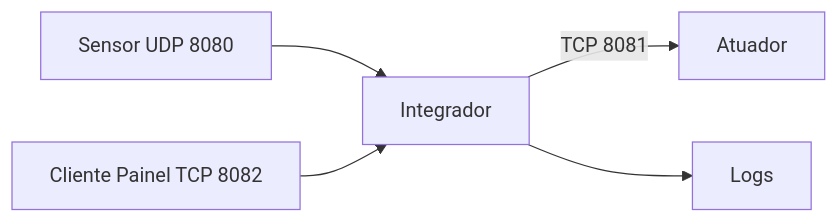
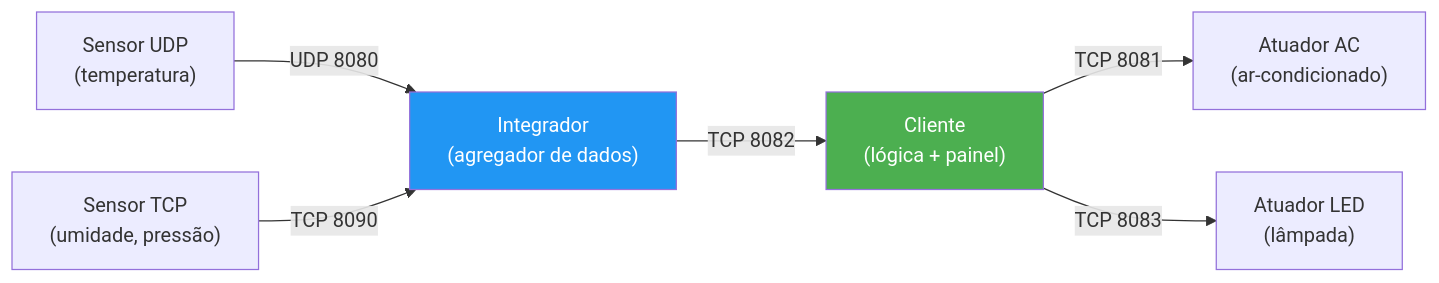
One commit to cleidson21/PBL_1_Redes-A_Rota_das_Coisas changed the diagram in README.md. Above: the diagram before and after it, drawn with Mermaid. The commit also changed other lines of this file, not shown here.

````diff
--- a/README.md
+++ b/README.md
@@ -30,7 +39,18 @@
 ```mermaid
 flowchart LR
-    S[Sensor UDP 8080] --> I[Integrador]
-    C[Cliente Painel TCP 8082] --> I
-    I -- TCP 8081 --> A[Atuador]
-    I --> L[Logs]
+    S_UDP["Sensor UDP<br/>(temperatura)"]
+    S_TCP["Sensor TCP<br/>(umidade, pressão)"]
+    A_AC["Atuador AC<br/>(ar-condicionado)"]
+    A_LED["Atuador LED<br/>(lâmpada)"]
+    
+    S_UDP -- UDP 8080 --> I["Integrador<br/>(agregador de dados)"]
+    S_TCP -- TCP 8090 --> I
+    
+    I -- TCP 8082 --> C["Cliente<br/>(lógica + painel)"]
+    
+    C -- TCP 8081 --> A_AC
+    C -- TCP 8083 --> A_LED
+    
+    style C fill:#4CAF50,color:#fff
+    style I fill:#2196F3,color:#fff
 ```
````
